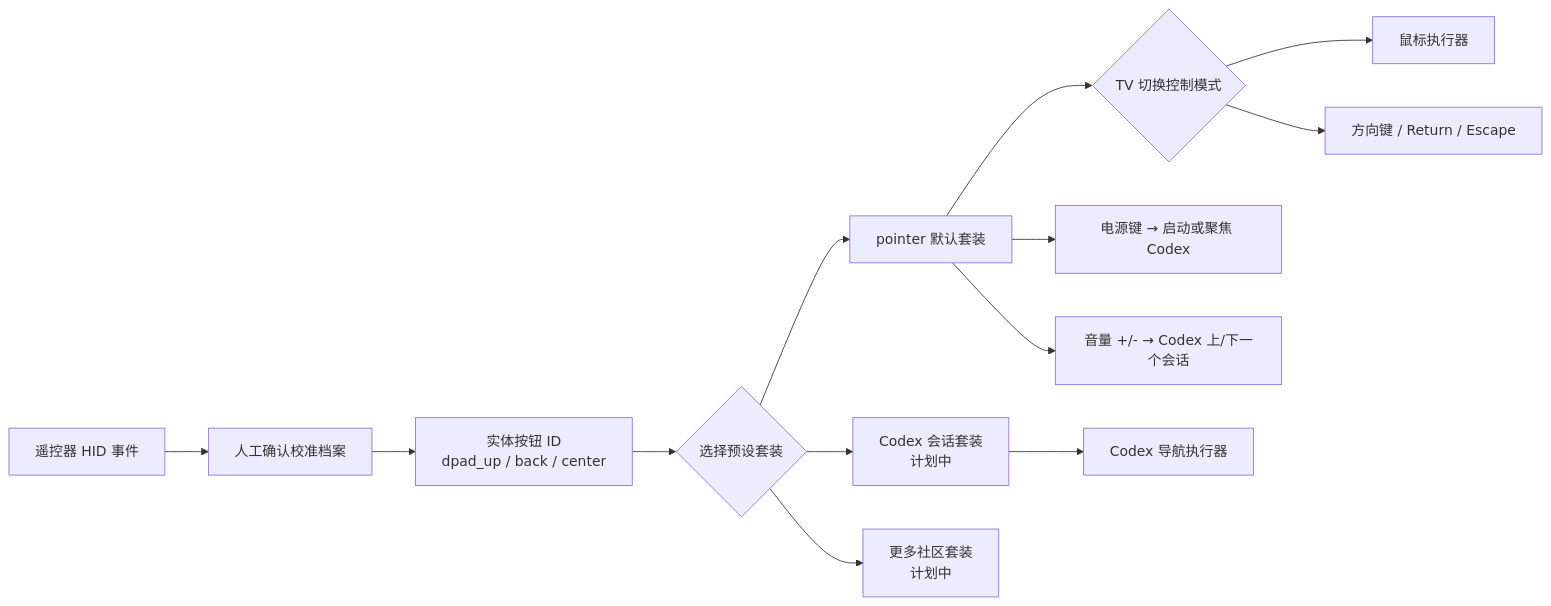
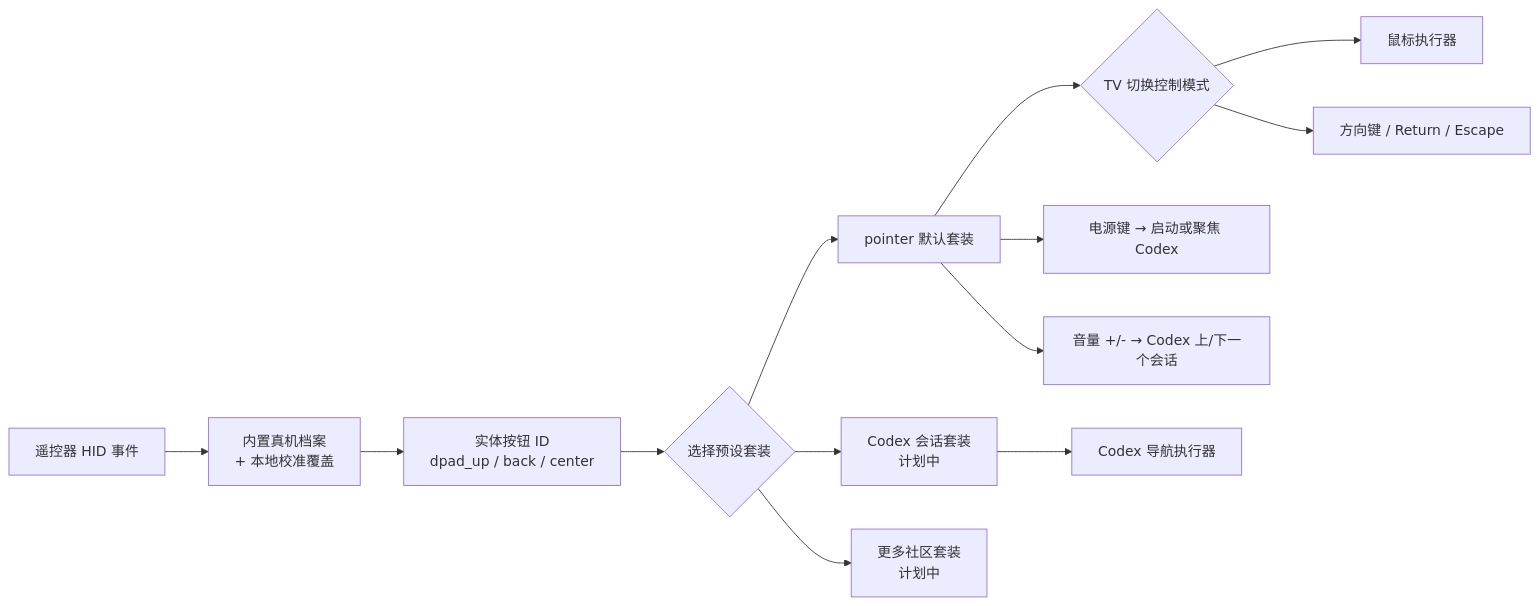
One commit to fanxeon/mi-ao changed the diagram in docs/BUTTON_PRESETS.md. Above: the diagram before and after it, drawn with Mermaid. The commit also changed other lines of this file and 24 other files, not shown here.

````diff
--- a/docs/BUTTON_PRESETS.md
+++ b/docs/BUTTON_PRESETS.md
@@ -13,15 +13,15 @@
 ```mermaid
 flowchart LR
-    A["遥控器 HID 事件"] --> B["人工确认校准档案"]
+    A["遥控器 HID 事件"] --> B["内置真机档案<br/>+ 本地校准覆盖"]
     B --> C["实体按钮 ID<br/>dpad_up / back / center"]
     C --> D{"选择预设套装"}
     D --> E["pointer 默认套装"]
     D --> F["Codex 会话套装<br/>计划中"]
     D --> G["更多社区套装<br/>计划中"]
     E --> H{"TV 切换控制模式"}
     H --> J["鼠标执行器"]
     H --> K["方向键 / Return / Escape"]
     E --> L["电源键 → 启动或聚焦 Codex"]
     E --> M["音量 +/- → Codex 上/下一个会话"]
     F --> I["Codex 导航执行器"]
 ```
````
